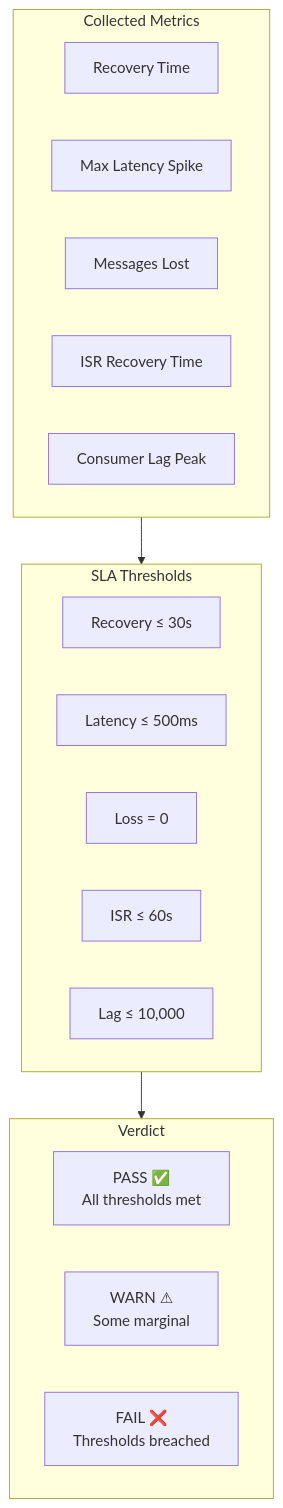
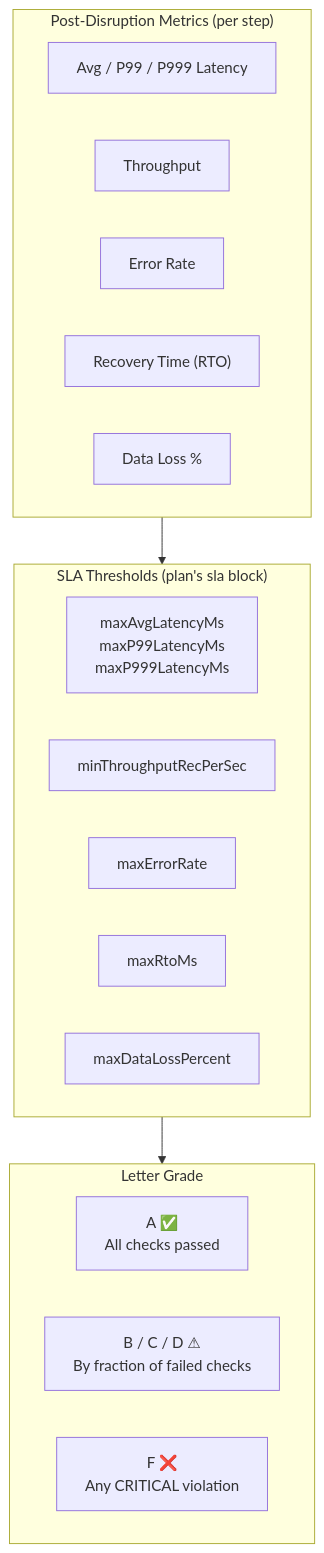
The seventh of 9 diagrams in docs/book/07-chaos-practice.md (actions-marketplace-validations/bmscomp_kates), drawn with Mermaid before and after one commit. The commit also changed other lines of this file and 23 other files, not shown here.

````diff
--- a/docs/book/07-chaos-practice.md
+++ b/docs/book/07-chaos-practice.md
@@ -396,27 +399,27 @@
 ```mermaid
 graph TD
-    subgraph Metrics["Collected Metrics"]
-        M1[Recovery Time]
-        M2[Max Latency Spike]
-        M3[Messages Lost]
-        M4[ISR Recovery Time]
-        M5[Consumer Lag Peak]
+    subgraph Metrics["Post-Disruption Metrics (per step)"]
+        M1[Avg / P99 / P999 Latency]
+        M2[Throughput]
+        M3[Error Rate]
+        M4["Recovery Time (RTO)"]
+        M5[Data Loss %]
     end
     
-    subgraph Thresholds["SLA Thresholds"]
-        T1["Recovery ≤ 30s"]
-        T2["Latency ≤ 500ms"]
-        T3["Loss = 0"]
-        T4["ISR ≤ 60s"]
-        T5["Lag ≤ 10,000"]
+    subgraph Thresholds["SLA Thresholds (plan's sla block)"]
+        T1[maxAvgLatencyMs<br/>maxP99LatencyMs<br/>maxP999LatencyMs]
+        T2[minThroughputRecPerSec]
+        T3[maxErrorRate]
+        T4[maxRtoMs]
+        T5[maxDataLossPercent]
     end
     
-    subgraph Verdict
-        PASS["PASS ✅<br/>All thresholds met"]
-        WARN["WARN ⚠<br/>Some marginal"]
-        FAIL["FAIL ❌<br/>Thresholds breached"]
+    subgraph Verdict["Letter Grade"]
+        A["A ✅<br/>All checks passed"]
+        BCD["B / C / D ⚠<br/>By fraction of failed checks"]
+        F["F ❌<br/>Any CRITICAL violation"]
     end
     
     Metrics --> Thresholds
     Thresholds --> Verdict
 ```
````
